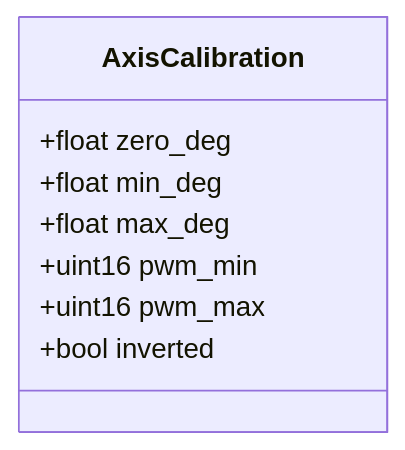
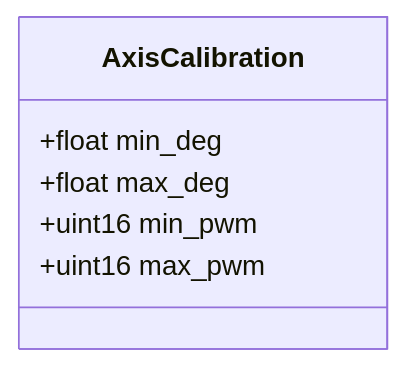
Before and after one commit to butz1999/inverse_kinematik: diagram 11 of 13 in doc/sw/software.md, drawn with Mermaid. The commit also changed other lines of this file and 9 other files, not shown here.

````diff
--- a/doc/sw/software.md
+++ b/doc/sw/software.md
@@ -568,11 +565,9 @@
 ```mermaid
 classDiagram
     class AxisCalibration {
-        +float zero_deg
         +float min_deg
         +float max_deg
-        +uint16 pwm_min
-        +uint16 pwm_max
-        +bool inverted
+        +uint16 min_pwm
+        +uint16 max_pwm
     }
 ```
````
